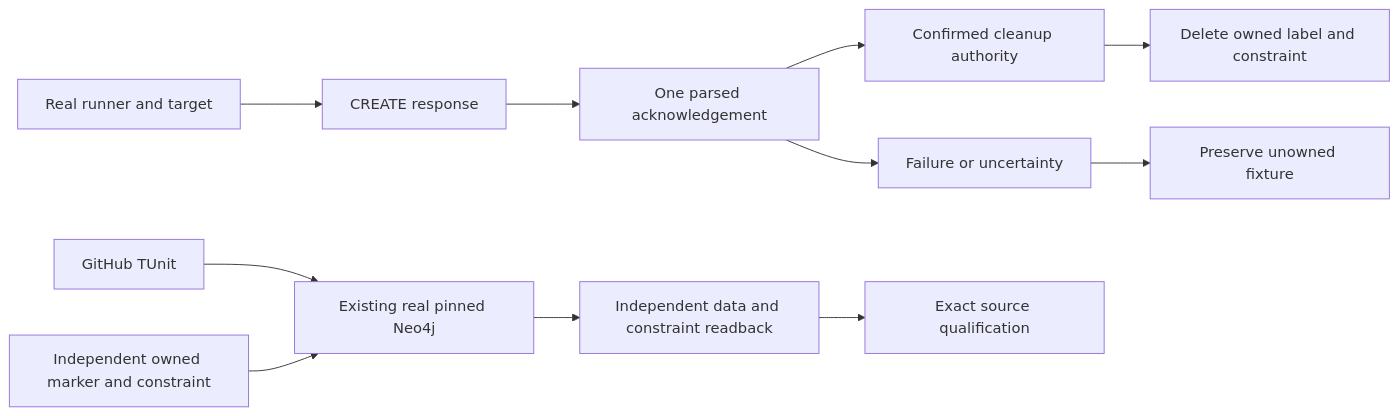
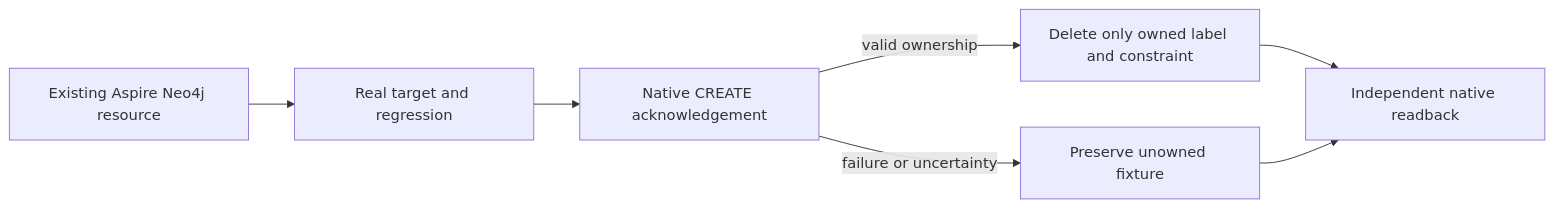
Before and after one commit to managedcode/KeyLoad: the diagram in docs/ADR/ADR-049-genuine-neo4j-harness.md, drawn with Mermaid. The commit also changed other lines of this file and 152 other files, not shown here.

````diff
--- a/docs/ADR/ADR-049-genuine-neo4j-harness.md
+++ b/docs/ADR/ADR-049-genuine-neo4j-harness.md
@@ -105,13 +14,9 @@
 ```mermaid
 flowchart LR
-    CI[GitHub TUnit] --> Aspire[Existing real pinned Neo4j]
-    Fixture[Independent owned marker and constraint] --> Aspire
-    Target[Real runner and target] --> Create[CREATE response]
-    Create --> Validate[One parsed acknowledgement]
-    Validate --> Owned[Confirmed cleanup authority]
-    Validate --> Failed[Failure or uncertainty]
-    Owned --> Cleanup[Delete owned label and constraint]
-    Failed --> Preserve[Preserve unowned fixture]
-    Aspire --> Oracle[Independent data and constraint readback]
-    Oracle --> Evidence[Exact source qualification]
+    Aspire[Existing Aspire Neo4j resource] --> Target[Real target and regression]
+    Target --> Query[Native CREATE acknowledgement]
+    Query -->|valid ownership| Cleanup[Delete only owned label and constraint]
+    Query -->|failure or uncertainty| Preserve[Preserve unowned fixture]
+    Cleanup --> Oracle[Independent native readback]
+    Preserve --> Oracle
 ```
````
